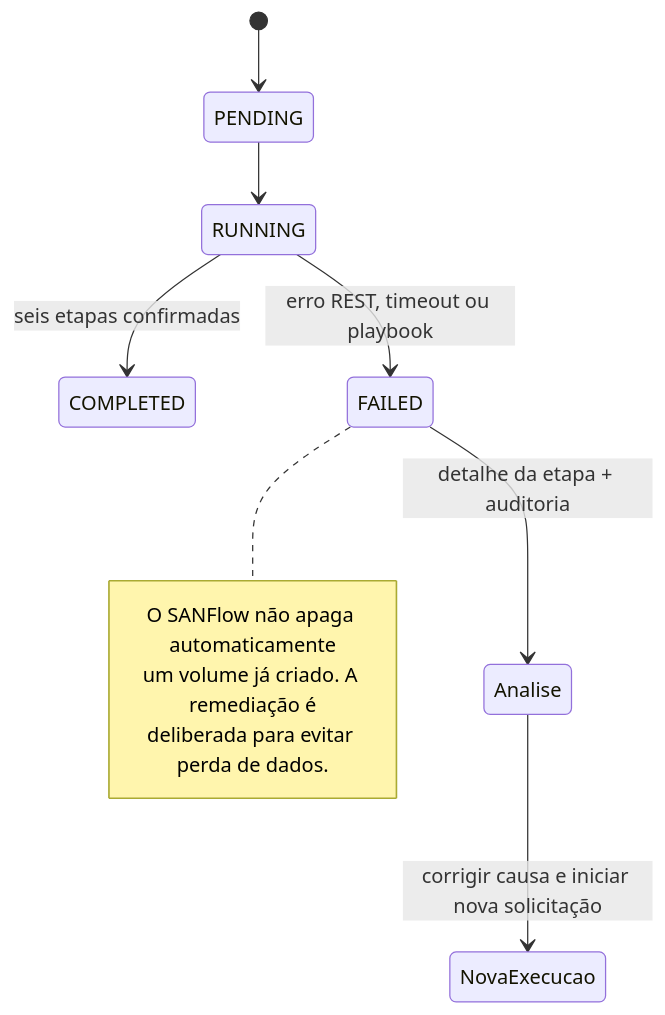
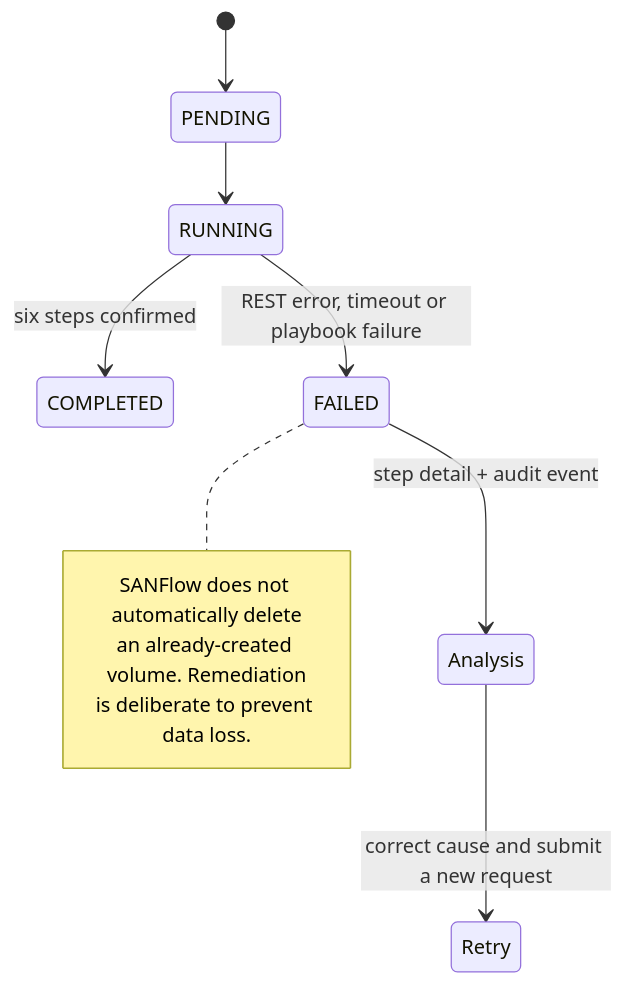
One commit to AlessandroDaudt/Dell-PPDM-PowerStore changed the fourth of 5 diagrams in README.md. Above: the diagram before and after it, drawn with Mermaid. The commit also changed other lines of this file and 9 other files, not shown here.

````diff
--- a/README.md
+++ b/README.md
@@ -79,14 +79,14 @@
 ```mermaid
 stateDiagram-v2
     [*] --> PENDING
     PENDING --> RUNNING
-    RUNNING --> COMPLETED: seis etapas confirmadas
-    RUNNING --> FAILED: erro REST, timeout ou playbook
-    FAILED --> Analise: detalhe da etapa + auditoria
-    Analise --> NovaExecucao: corrigir causa e iniciar nova solicitação
+    RUNNING --> COMPLETED: six steps confirmed
+    RUNNING --> FAILED: REST error, timeout or playbook failure
+    FAILED --> Analysis: step detail + audit event
+    Analysis --> Retry: correct cause and submit a new request
     note right of FAILED
-      O SANFlow não apaga automaticamente
-      um volume já criado. A remediação é
-      deliberada para evitar perda de dados.
+      SANFlow does not automatically delete
+      an already-created volume. Remediation
+      is deliberate to prevent data loss.
     end note
 ```
````
